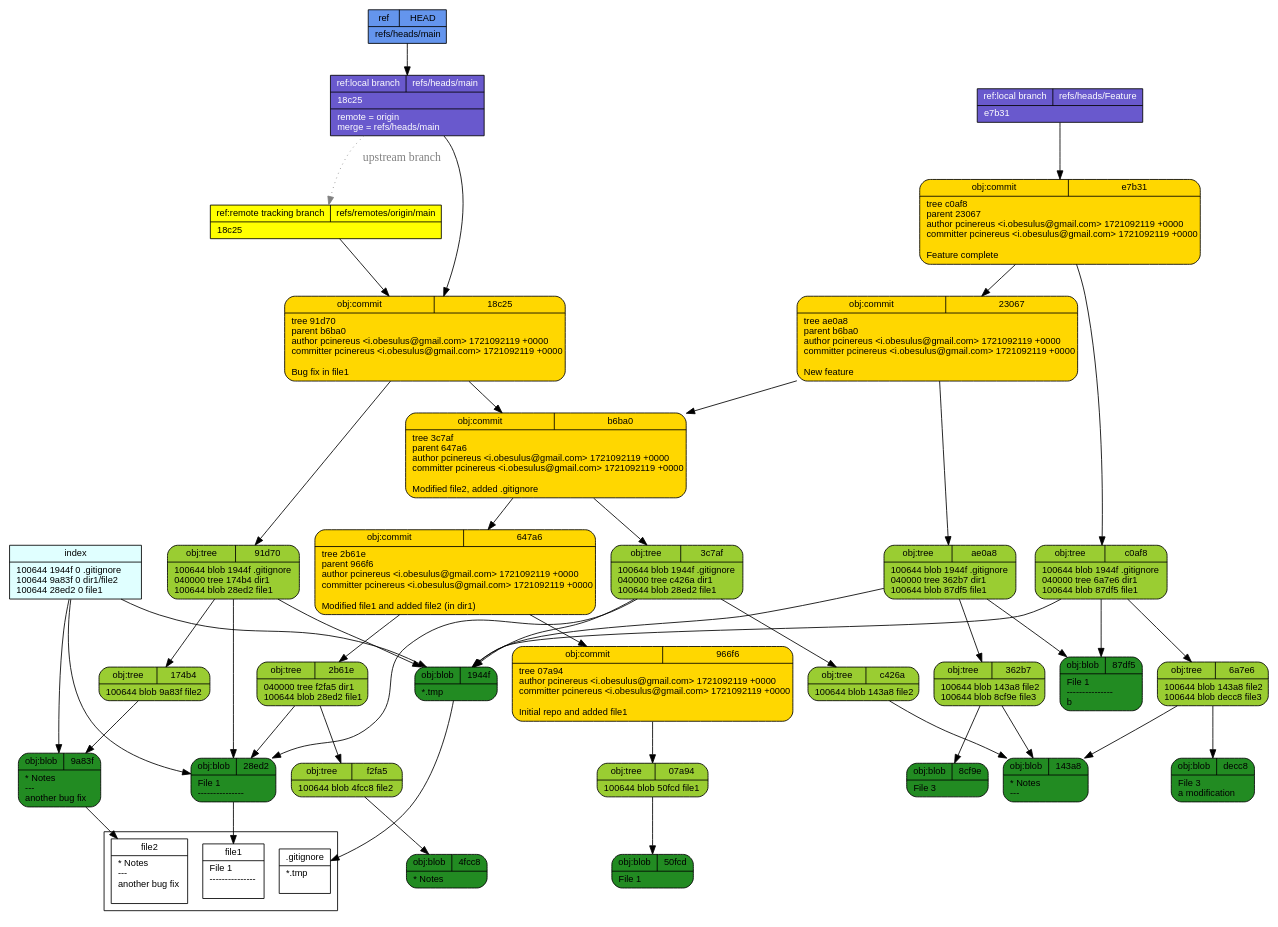
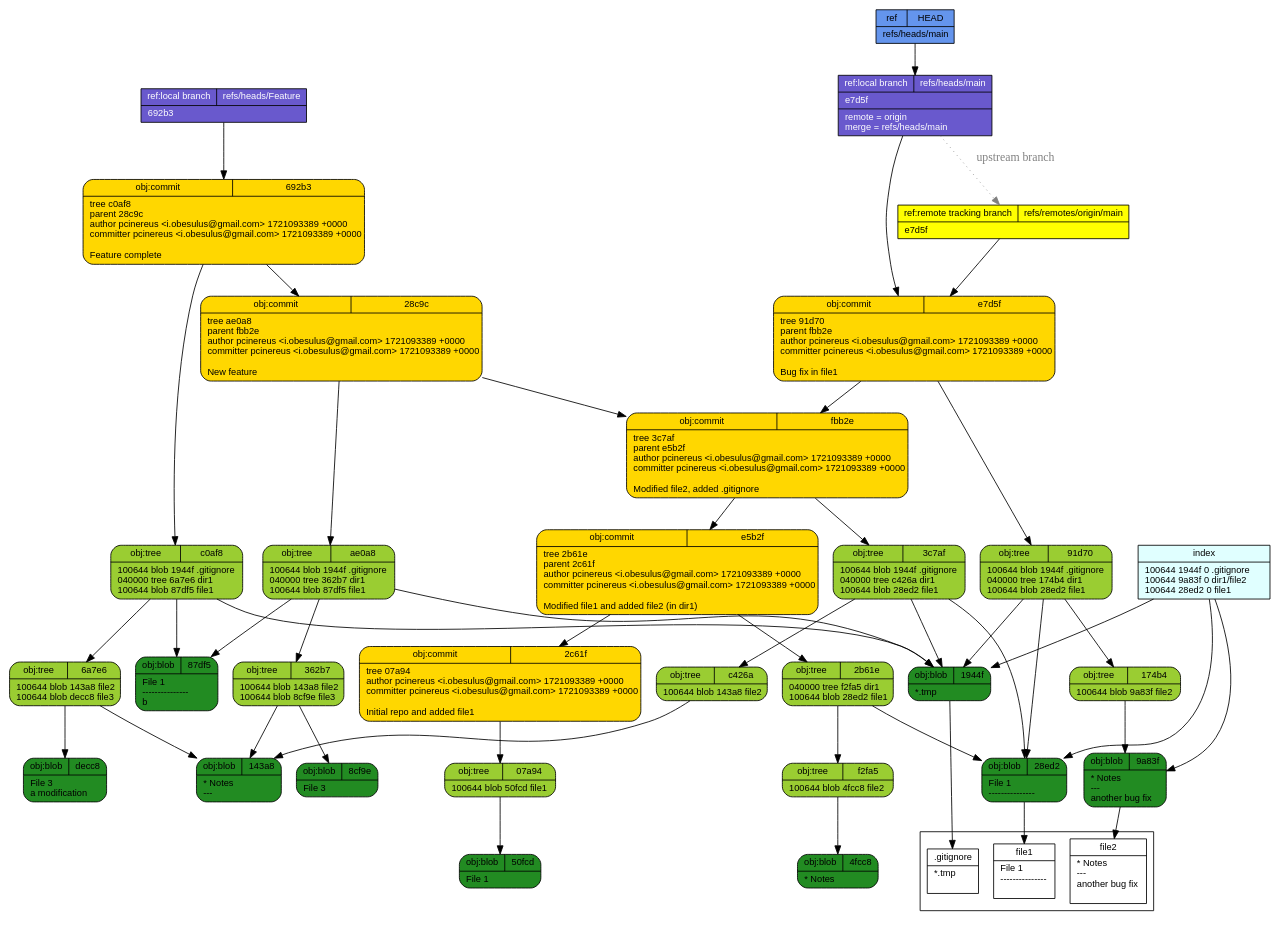
Before and after one commit to pcinereus/SUYRs_documents: the diagram in tut/git-draw.dot, drawn with Graphviz. The commit also changed 652 other files, not shown here.

```diff
--- a/tut/git-draw.dot
+++ b/tut/git-draw.dot
@@ -1,57 +1,57 @@
 digraph structs {
   node [shape=record,fontsize=11,fontname="arial"];
   rankdir="TB";
   _f2fa5 [fillcolor="yellowgreen", style="filled,rounded", label="{{obj:tree|f2fa5}|100644\ blob\ 4fcc8\	file2\l}"]  _f2fa5 -> _4fcc8
-  _966f6 [fillcolor="gold", style="filled,rounded", label="{{obj:commit|966f6}|tree\ 07a94\lauthor\ pcinereus\ \<i\.obesulus\@gmail\.com\>\ 1721092119\ \+0000\lcommitter\ pcinereus\ \<i\.obesulus\@gmail\.com\>\ 1721092119\ \+0000\l\lInitial\ repo\ and\ added\ file1\l}"]  _966f6 -> _07a94
+  _692b3 [fillcolor="gold", style="filled,rounded", label="{{obj:commit|692b3}|tree\ c0af8\lparent\ 28c9c\lauthor\ pcinereus\ \<i\.obesulus\@gmail\.com\>\ 1721093389\ \+0000\lcommitter\ pcinereus\ \<i\.obesulus\@gmail\.com\>\ 1721093389\ \+0000\l\lFeature\ complete\l}"]  _692b3 -> _c0af8
+  _692b3 -> _28c9c
   _07a94 [fillcolor="yellowgreen", style="filled,rounded", label="{{obj:tree|07a94}|100644\ blob\ 50fcd\	file1\l}"]  _07a94 -> _50fcd
-  _b6ba0 [fillcolor="gold", style="filled,rounded", label="{{obj:commit|b6ba0}|tree\ 3c7af\lparent\ 647a6\lauthor\ pcinereus\ \<i\.obesulus\@gmail\.com\>\ 1721092119\ \+0000\lcommitter\ pcinereus\ \<i\.obesulus\@gmail\.com\>\ 1721092119\ \+0000\l\lModified\ file2\,\ added\ \.gitignore\l}"]  _b6ba0 -> _3c7af
-  _b6ba0 -> _647a6
   _143a8 [fillcolor="forestgreen", style="filled,rounded", label="{{obj:blob|143a8}|\*\ Notes\l\-\-\-\l}"]  _c0af8 [fillcolor="yellowgreen", style="filled,rounded", label="{{obj:tree|c0af8}|100644\ blob\ 1944f\	\.gitignore\l040000\ tree\ 6a7e6\	dir1\l100644\ blob\ 87df5\	file1\l}"]  _c0af8 -> _1944f
   _c0af8 -> _6a7e6
   _c0af8 -> _87df5
-  _4fcc8 [fillcolor="forestgreen", style="filled,rounded", label="{{obj:blob|4fcc8}|\*\ Notes\l}"]  _c426a [fillcolor="yellowgreen", style="filled,rounded", label="{{obj:tree|c426a}|100644\ blob\ 143a8\	file2\l}"]  _c426a -> _143a8
-  _1944f [fillcolor="forestgreen", style="filled,rounded", label="{{obj:blob|1944f}|\*\.tmp\l}"]  _50fcd [fillcolor="forestgreen", style="filled,rounded", label="{{obj:blob|50fcd}|File\ 1\l}"]  _8cf9e [fillcolor="forestgreen", style="filled,rounded", label="{{obj:blob|8cf9e}|File\ 3\l}"]  _647a6 [fillcolor="gold", style="filled,rounded", label="{{obj:commit|647a6}|tree\ 2b61e\lparent\ 966f6\lauthor\ pcinereus\ \<i\.obesulus\@gmail\.com\>\ 1721092119\ \+0000\lcommitter\ pcinereus\ \<i\.obesulus\@gmail\.com\>\ 1721092119\ \+0000\l\lModified\ file1\ and\ added\ file2\ \(in\ dir1\)\l}"]  _647a6 -> _2b61e
-  _647a6 -> _966f6
-  _91d70 [fillcolor="yellowgreen", style="filled,rounded", label="{{obj:tree|91d70}|100644\ blob\ 1944f\	\.gitignore\l040000\ tree\ 174b4\	dir1\l100644\ blob\ 28ed2\	file1\l}"]  _91d70 -> _1944f
+  _4fcc8 [fillcolor="forestgreen", style="filled,rounded", label="{{obj:blob|4fcc8}|\*\ Notes\l}"]  _e5b2f [fillcolor="gold", style="filled,rounded", label="{{obj:commit|e5b2f}|tree\ 2b61e\lparent\ 2c61f\lauthor\ pcinereus\ \<i\.obesulus\@gmail\.com\>\ 1721093389\ \+0000\lcommitter\ pcinereus\ \<i\.obesulus\@gmail\.com\>\ 1721093389\ \+0000\l\lModified\ file1\ and\ added\ file2\ \(in\ dir1\)\l}"]  _e5b2f -> _2b61e
+  _e5b2f -> _2c61f
+  _fbb2e [fillcolor="gold", style="filled,rounded", label="{{obj:commit|fbb2e}|tree\ 3c7af\lparent\ e5b2f\lauthor\ pcinereus\ \<i\.obesulus\@gmail\.com\>\ 1721093389\ \+0000\lcommitter\ pcinereus\ \<i\.obesulus\@gmail\.com\>\ 1721093389\ \+0000\l\lModified\ file2\,\ added\ \.gitignore\l}"]  _fbb2e -> _3c7af
+  _fbb2e -> _e5b2f
+  _c426a [fillcolor="yellowgreen", style="filled,rounded", label="{{obj:tree|c426a}|100644\ blob\ 143a8\	file2\l}"]  _c426a -> _143a8
+  _1944f [fillcolor="forestgreen", style="filled,rounded", label="{{obj:blob|1944f}|\*\.tmp\l}"]  _50fcd [fillcolor="forestgreen", style="filled,rounded", label="{{obj:blob|50fcd}|File\ 1\l}"]  _8cf9e [fillcolor="forestgreen", style="filled,rounded", label="{{obj:blob|8cf9e}|File\ 3\l}"]  _91d70 [fillcolor="yellowgreen", style="filled,rounded", label="{{obj:tree|91d70}|100644\ blob\ 1944f\	\.gitignore\l040000\ tree\ 174b4\	dir1\l100644\ blob\ 28ed2\	file1\l}"]  _91d70 -> _1944f
   _91d70 -> _174b4
   _91d70 -> _28ed2
-  _e7b31 [fillcolor="gold", style="filled,rounded", label="{{obj:commit|e7b31}|tree\ c0af8\lparent\ 23067\lauthor\ pcinereus\ \<i\.obesulus\@gmail\.com\>\ 1721092119\ \+0000\lcommitter\ pcinereus\ \<i\.obesulus\@gmail\.com\>\ 1721092119\ \+0000\l\lFeature\ complete\l}"]  _e7b31 -> _c0af8
-  _e7b31 -> _23067
+  _e7d5f [fillcolor="gold", style="filled,rounded", label="{{obj:commit|e7d5f}|tree\ 91d70\lparent\ fbb2e\lauthor\ pcinereus\ \<i\.obesulus\@gmail\.com\>\ 1721093389\ \+0000\lcommitter\ pcinereus\ \<i\.obesulus\@gmail\.com\>\ 1721093389\ \+0000\l\lBug\ fix\ in\ file1\l}"]  _e7d5f -> _91d70
+  _e7d5f -> _fbb2e
   _9a83f [fillcolor="forestgreen", style="filled,rounded", label="{{obj:blob|9a83f}|\*\ Notes\l\-\-\-\l\ another\ bug\ fix\l}"]  _ae0a8 [fillcolor="yellowgreen", style="filled,rounded", label="{{obj:tree|ae0a8}|100644\ blob\ 1944f\	\.gitignore\l040000\ tree\ 362b7\	dir1\l100644\ blob\ 87df5\	file1\l}"]  _ae0a8 -> _1944f
   _ae0a8 -> _362b7
   _ae0a8 -> _87df5
-  _18c25 [fillcolor="gold", style="filled,rounded", label="{{obj:commit|18c25}|tree\ 91d70\lparent\ b6ba0\lauthor\ pcinereus\ \<i\.obesulus\@gmail\.com\>\ 1721092119\ \+0000\lcommitter\ pcinereus\ \<i\.obesulus\@gmail\.com\>\ 1721092119\ \+0000\l\lBug\ fix\ in\ file1\l}"]  _18c25 -> _91d70
-  _18c25 -> _b6ba0
+  _2c61f [fillcolor="gold", style="filled,rounded", label="{{obj:commit|2c61f}|tree\ 07a94\lauthor\ pcinereus\ \<i\.obesulus\@gmail\.com\>\ 1721093389\ \+0000\lcommitter\ pcinereus\ \<i\.obesulus\@gmail\.com\>\ 1721093389\ \+0000\l\lInitial\ repo\ and\ added\ file1\l}"]  _2c61f -> _07a94
   _2b61e [fillcolor="yellowgreen", style="filled,rounded", label="{{obj:tree|2b61e}|040000\ tree\ f2fa5\	dir1\l100644\ blob\ 28ed2\	file1\l}"]  _2b61e -> _f2fa5
   _2b61e -> _28ed2
   _87df5 [fillcolor="forestgreen", style="filled,rounded", label="{{obj:blob|87df5}|File\ 1\l\-\-\-\-\-\-\-\-\-\-\-\-\-\-\-\lb\l}"]  _362b7 [fillcolor="yellowgreen", style="filled,rounded", label="{{obj:tree|362b7}|100644\ blob\ 143a8\	file2\l100644\ blob\ 8cf9e\	file3\l}"]  _362b7 -> _143a8
   _362b7 -> _8cf9e
   _3c7af [fillcolor="yellowgreen", style="filled,rounded", label="{{obj:tree|3c7af}|100644\ blob\ 1944f\	\.gitignore\l040000\ tree\ c426a\	dir1\l100644\ blob\ 28ed2\	file1\l}"]  _3c7af -> _1944f
   _3c7af -> _c426a
   _3c7af -> _28ed2
-  _28ed2 [fillcolor="forestgreen", style="filled,rounded", label="{{obj:blob|28ed2}|File\ 1\l\-\-\-\-\-\-\-\-\-\-\-\-\-\-\-\l}"]  _6a7e6 [fillcolor="yellowgreen", style="filled,rounded", label="{{obj:tree|6a7e6}|100644\ blob\ 143a8\	file2\l100644\ blob\ decc8\	file3\l}"]  _6a7e6 -> _143a8
+  _28ed2 [fillcolor="forestgreen", style="filled,rounded", label="{{obj:blob|28ed2}|File\ 1\l\-\-\-\-\-\-\-\-\-\-\-\-\-\-\-\l}"]  _28c9c [fillcolor="gold", style="filled,rounded", label="{{obj:commit|28c9c}|tree\ ae0a8\lparent\ fbb2e\lauthor\ pcinereus\ \<i\.obesulus\@gmail\.com\>\ 1721093389\ \+0000\lcommitter\ pcinereus\ \<i\.obesulus\@gmail\.com\>\ 1721093389\ \+0000\l\lNew\ feature\l}"]  _28c9c -> _ae0a8
+  _28c9c -> _fbb2e
+  _6a7e6 [fillcolor="yellowgreen", style="filled,rounded", label="{{obj:tree|6a7e6}|100644\ blob\ 143a8\	file2\l100644\ blob\ decc8\	file3\l}"]  _6a7e6 -> _143a8
   _6a7e6 -> _decc8
   _174b4 [fillcolor="yellowgreen", style="filled,rounded", label="{{obj:tree|174b4}|100644\ blob\ 9a83f\	file2\l}"]  _174b4 -> _9a83f
-  _decc8 [fillcolor="forestgreen", style="filled,rounded", label="{{obj:blob|decc8}|File\ 3\l\ a\ modification\l}"]  _23067 [fillcolor="gold", style="filled,rounded", label="{{obj:commit|23067}|tree\ ae0a8\lparent\ b6ba0\lauthor\ pcinereus\ \<i\.obesulus\@gmail\.com\>\ 1721092119\ \+0000\lcommitter\ pcinereus\ \<i\.obesulus\@gmail\.com\>\ 1721092119\ \+0000\l\lNew\ feature\l}"]  _23067 -> _ae0a8
-  _23067 -> _b6ba0
-  _refs___heads___Feature [style=filled, fillcolor=slateblue3, fontcolor = white,  label="{{ref:local branch|refs\/heads\/Feature}|e7b31\l}"]
-  _refs___heads___Feature -> _e7b31
+  _decc8 [fillcolor="forestgreen", style="filled,rounded", label="{{obj:blob|decc8}|File\ 3\l\ a\ modification\l}"]  _refs___heads___Feature [style=filled, fillcolor=slateblue3, fontcolor = white,  label="{{ref:local branch|refs\/heads\/Feature}|692b3\l}"]
+  _refs___heads___Feature -> _692b3
   _refs___heads___main -> _refs___remotes___origin___main [style=dotted, color=gray, fontcolor=gray, label="upstream branch"]
-  _refs___heads___main [style=filled, fillcolor=slateblue3, fontcolor = white,  label="{{ref:local branch|refs\/heads\/main}|18c25\l|remote\ \=\ origin\lmerge\ \=\ refs\/heads\/main\l}"]
-  _refs___heads___main -> _18c25
-  _refs___remotes___origin___main [style=filled, fillcolor=yellow, fontcolor = black,  label="{{ref:remote tracking branch|refs\/remotes\/origin\/main}|18c25\l}"]
-  _refs___remotes___origin___main -> _18c25
+  _refs___heads___main [style=filled, fillcolor=slateblue3, fontcolor = white,  label="{{ref:local branch|refs\/heads\/main}|e7d5f\l|remote\ \=\ origin\lmerge\ \=\ refs\/heads\/main\l}"]
+  _refs___heads___main -> _e7d5f
+  _refs___remotes___origin___main [style=filled, fillcolor=yellow, fontcolor = black,  label="{{ref:remote tracking branch|refs\/remotes\/origin\/main}|e7d5f\l}"]
+  _refs___remotes___origin___main -> _e7d5f
   _HEAD [style=filled, fillcolor=cornflowerblue, fontcolor=black,  label="{{ref|HEAD}|refs\/heads\/main\l}"]
   _HEAD -> _refs___heads___main
   index -> _1944f
   index -> _9a83f
   index -> _28ed2
   index [style=filled, fillcolor=lightcyan, label="{{index}|100644\ 1944f\ 0\	\.gitignore\l100644\ 9a83f\ 0\	dir1\/file2\l100644\ 28ed2\ 0\	file1\l}"]
 subgraph cluster_1 {rank=sink  _gitignore [fillcolor="white", label="{{.gitignore}|*.tmp\l\l}"] 
   _file2 [fillcolor="white", label="{{file2}|* Notes\l---\l another bug fix\l\l}"] 
   _file1 [fillcolor="white", label="{{file1}|File 1\l---------------\l\l}"] 
 }
  _1944f -> _gitignore
  _9a83f -> _file2
  _28ed2 -> _file1
 }
```
